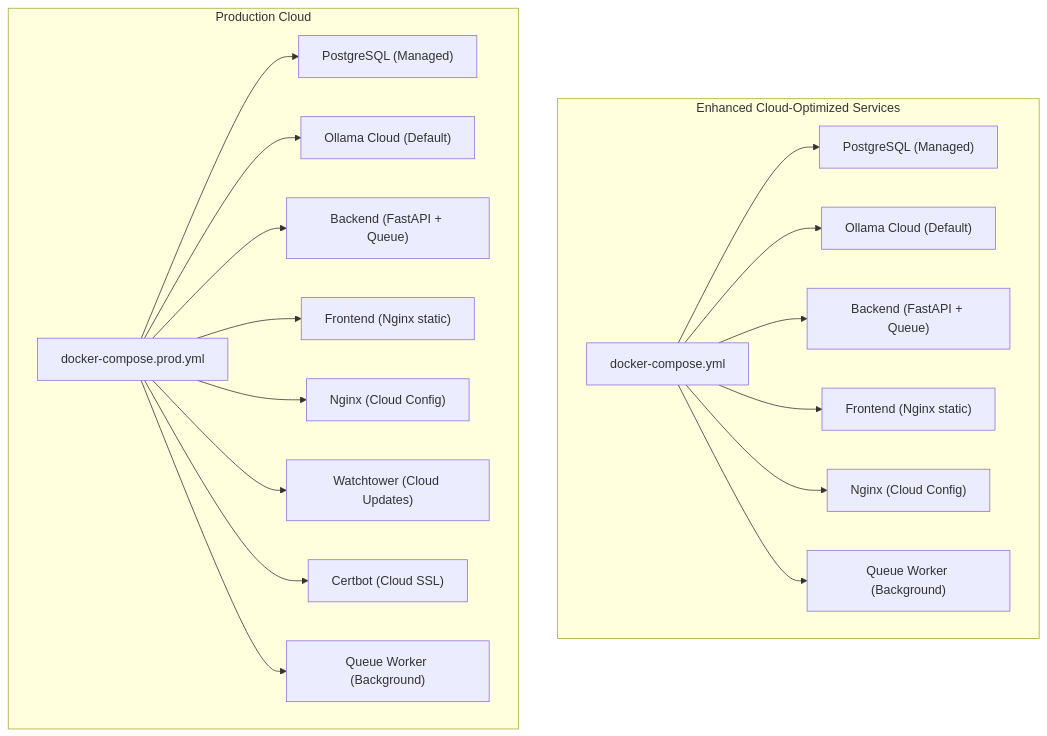
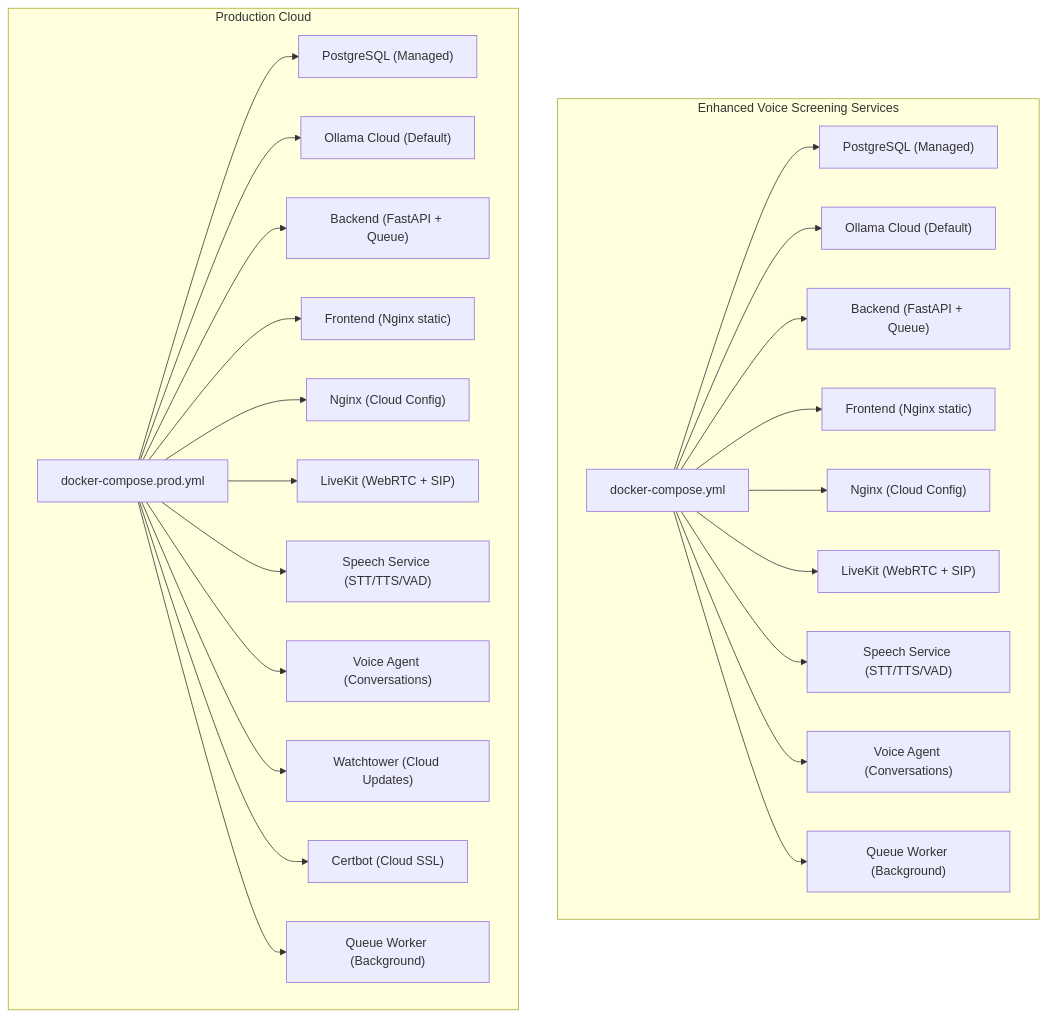
The second of 15 diagrams in .qoder/repowiki/en/content/Deployment & DevOps/Deployment & DevOps.md (Revanththetalogics/aireume), drawn with Mermaid before and after one commit. The commit also changed other lines of this file and 39 other files, not shown here.

````diff
--- a/.qoder/repowiki/en/content/Deployment & DevOps/Deployment & DevOps.md
+++ b/.qoder/repowiki/en/content/Deployment & DevOps/Deployment & DevOps.md
@@ -110,23 +138,29 @@
 ```mermaid
 graph TB
-subgraph "Enhanced Cloud-Optimized Services"
+subgraph "Enhanced Voice Screening Services"
 DCDev["docker-compose.yml"]
 DCDev --> PostgresDev["PostgreSQL (Managed)"]
 DCDev --> OllamaCloudDev["Ollama Cloud (Default)"]
 DCDev --> BackendDev["Backend (FastAPI + Queue)"]
 DCDev --> FrontendDev["Frontend (Nginx static)"]
 DCDev --> NginxDev["Nginx (Cloud Config)"]
+DCDev --> LiveKitDev["LiveKit (WebRTC + SIP)"]
+DCDev --> SpeechServiceDev["Speech Service (STT/TTS/VAD)"]
+DCDev --> VoiceAgentDev["Voice Agent (Conversations)"]
 DCDev --> QueueWorkerDev["Queue Worker (Background)"]
 end
 subgraph "Production Cloud"
 DCP["docker-compose.prod.yml"]
 DCP --> PostgresProd["PostgreSQL (Managed)"]
 DCP --> OllamaCloudProd["Ollama Cloud (Default)"]
 DCP --> BackendProd["Backend (FastAPI + Queue)"]
 DCP --> FrontendProd["Frontend (Nginx static)"]
 DCP --> NginxProd["Nginx (Cloud Config)"]
+DCP --> LiveKitProd["LiveKit (WebRTC + SIP)"]
+DCP --> SpeechServiceProd["Speech Service (STT/TTS/VAD)"]
+DCP --> VoiceAgentProd["Voice Agent (Conversations)"]
 DCP --> Watchtower["Watchtower (Cloud Updates)"]
 DCP --> Certbot["Certbot (Cloud SSL)"]
 DCP --> QueueWorkerProd["Queue Worker (Background)"]
 end
 ```
````
